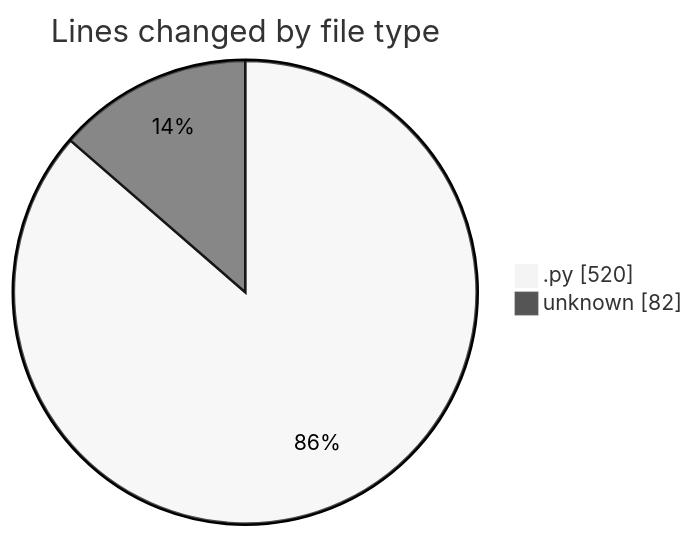
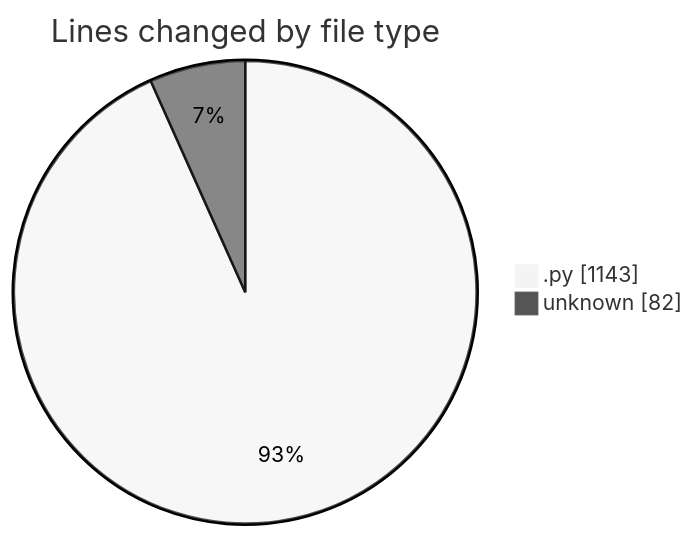
Before and after one commit to julien-gomy/code-tracking: the first of 2 diagrams in 2025-10-16/eventscop-api-guide__workspace_/README.md, drawn with Mermaid (neutral theme). The commit also changed other lines of this file and 1 other file, not shown here.

````diff
--- a/2025-10-16/eventscop-api-guide__workspace_/README.md
+++ b/2025-10-16/eventscop-api-guide__workspace_/README.md
@@ -27,6 +29,6 @@
 ```mermaid
 pie showData
 title Lines changed by file type
-".py" : 520
+".py" : 1143
 "unknown" : 82
 ```
````
